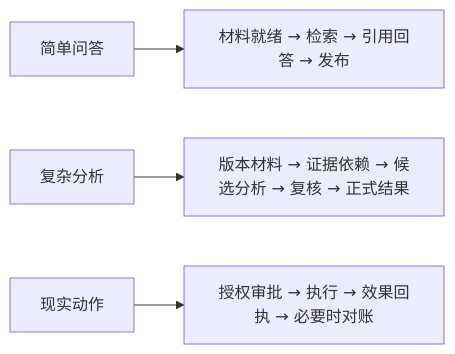
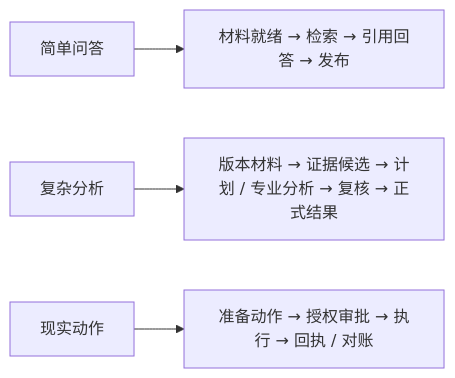
One commit to ProfessorZhi/Zuno changed the first of 5 diagrams in docs/architecture/architecture.md. Above: the diagram before and after it, drawn with Mermaid. The commit also changed other lines of this file, not shown here.

Commit message:
docs: align overall architecture with module design baseline

````diff
--- a/docs/architecture/architecture.md
+++ b/docs/architecture/architecture.md
@@ -66,6 +77,6 @@
 ```mermaid
 flowchart LR
   SIMPLE[简单问答] --> SIMPLE_FLOW[材料就绪 → 检索 → 引用回答 → 发布]
-  COMPLEX[复杂分析] --> COMPLEX_FLOW[版本材料 → 证据依赖 → 候选分析 → 复核 → 正式结果]
-  EFFECT[现实动作] --> EFFECT_FLOW[授权审批 → 执行 → 效果回执 → 必要时对账]
+  COMPLEX[复杂分析] --> COMPLEX_FLOW[版本材料 → 证据候选 → 计划 / 专业分析 → 复核 → 正式结果]
+  EFFECT[现实动作] --> EFFECT_FLOW[准备动作 → 授权审批 → 执行 → 回执 / 对账]
 ```
````
